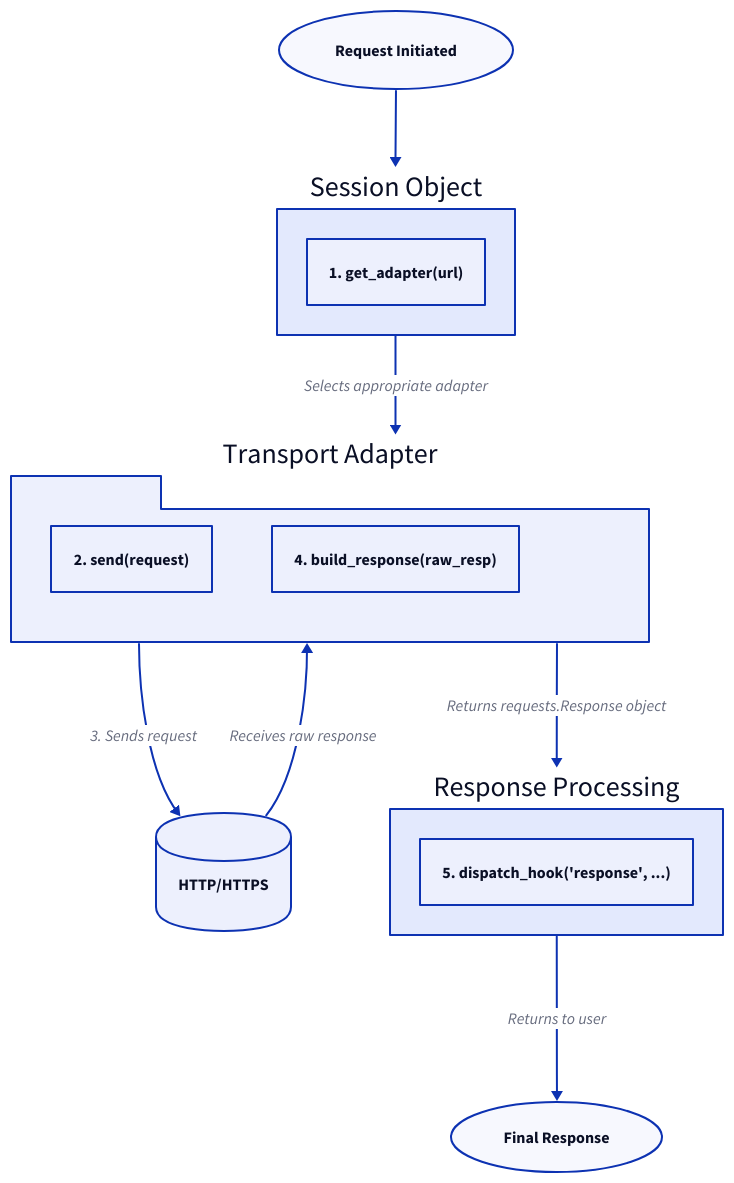
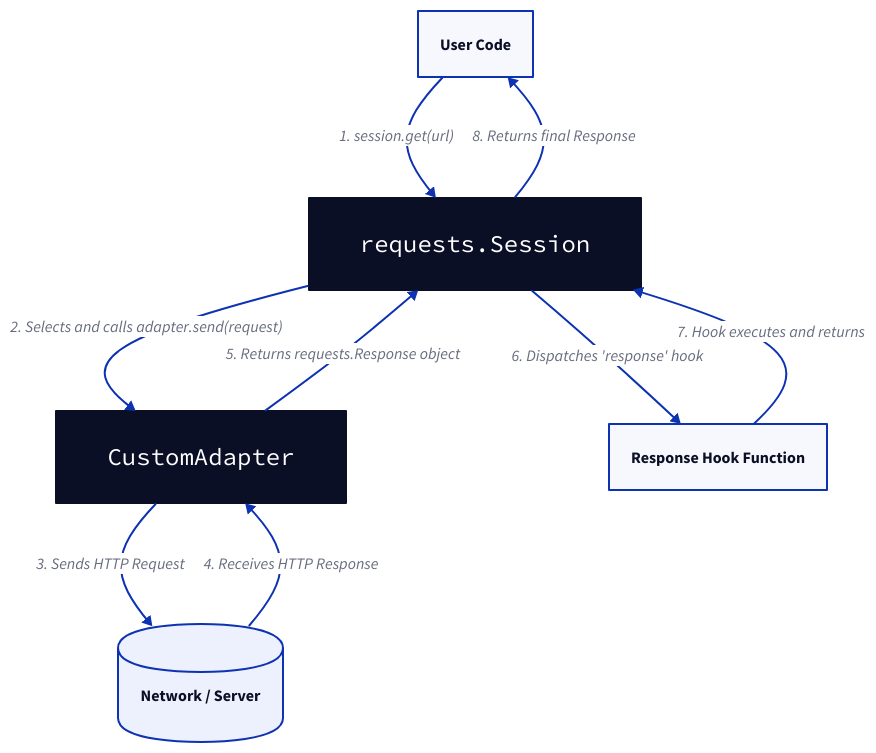
Before and after one commit to lban2049/requests: the diagram in .aigne/doc-smith/docs/advanced-usage-adapters-and-hooks.md, drawn with D2. The commit also changed other lines of this file and 32 other files, not shown here.

````diff
--- a/.aigne/doc-smith/docs/advanced-usage-adapters-and-hooks.md
+++ b/.aigne/doc-smith/docs/advanced-usage-adapters-and-hooks.md
@@ -70,45 +66,38 @@
 ```d2
 direction: down
 
-"Request Initiated": {
-  shape: oval
+UserCode: {
+  label: "User Code"
+  shape: rectangle
 }
 
-"Session Object": {
-  shape: rectangle
-  "1. get_adapter(url)": {
-    shape: rectangle
-  }
+Session: {
+  label: "requests.Session"
+  shape: class
 }
 
-"Transport Adapter": {
-  shape: package
-  "2. send(request)": {
-    shape: rectangle
-  }
-  "4. build_response(raw_resp)": {
-    shape: rectangle
-  }
+Adapter: {
+  label: "CustomAdapter"
+  shape: class
 }
 
-"Network Communication": {
+Network: {
+  label: "Network / Server"
   shape: cylinder
-  label: "HTTP/HTTPS"
 }
 
-"Response Processing": {
+HookFunction: {
+  label: "Response Hook Function"
   shape: rectangle
-  "5. dispatch_hook('response', ...)"
 }
 
-"Final Response": {
-  shape: oval
-}
+UserCode -> Session: "1. session.get(url)"
+Session -> Adapter: "2. Selects and calls adapter.send(request)"
+Adapter -> Network: "3. Sends HTTP Request"
+Network -> Adapter: "4. Receives HTTP Response"
+Adapter -> Session: "5. Returns requests.Response object"
+Session -> HookFunction: "6. Dispatches 'response' hook"
+HookFunction -> Session: "7. Hook executes and returns"
+Session -> UserCode: "8. Returns final Response"
 
-"Request Initiated" -> "Session Object"
-"Session Object" -> "Transport Adapter": "Selects appropriate adapter"
-"Transport Adapter" -> "Network Communication": "3. Sends request"
-"Network Communication" -> "Transport Adapter": "Receives raw response"
-"Transport Adapter" -> "Response Processing": "Returns requests.Response object"
-"Response Processing" -> "Final Response": "Returns to user"
 ```
````
